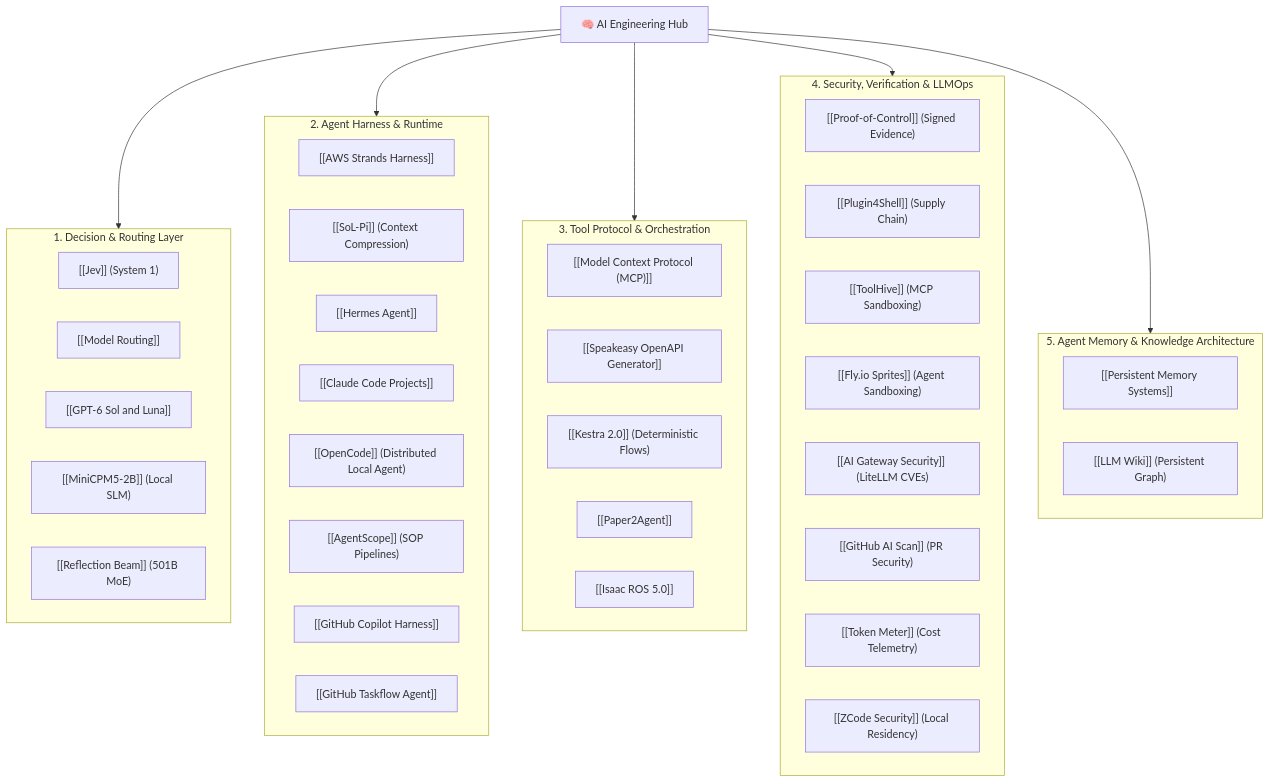
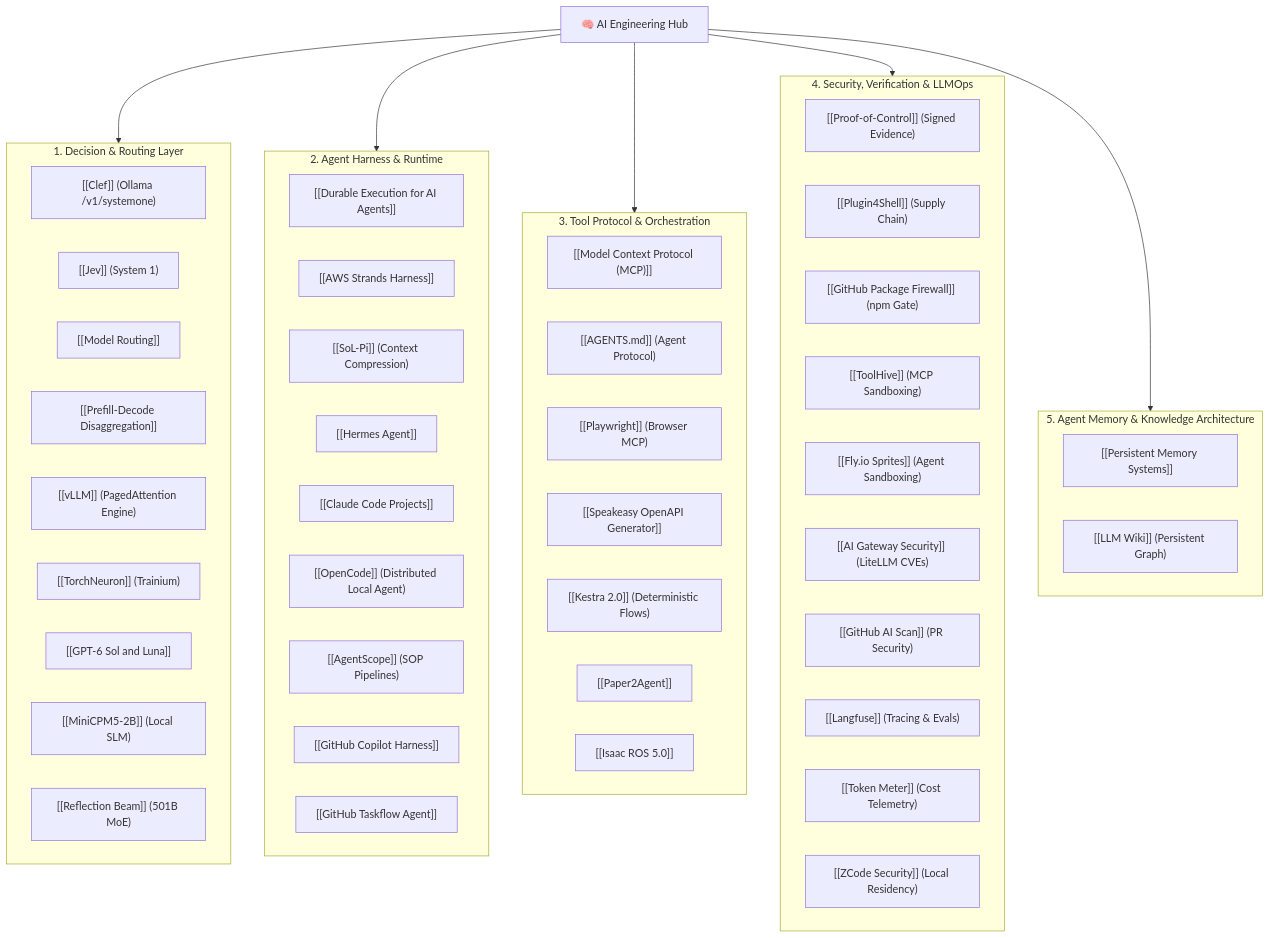
One commit to ashishcas/opensourceAI changed the diagram in MOC - Artificial Intelligence.md. Above: the diagram before and after it, drawn with Mermaid. The commit also changed other lines of this file and 28 other files, not shown here.

````diff
--- a/MOC - Artificial Intelligence.md
+++ b/MOC - Artificial Intelligence.md
@@ -30,49 +30,58 @@
 ```mermaid
 flowchart TD
     MOC["🧠 AI Engineering Hub"]
     
     subgraph Decision ["1. Decision & Routing Layer"]
+        Clef["[[Clef]] (Ollama /v1/systemone)"]
         Jev["[[Jev]] (System 1)"]
         Router["[[Model Routing]]"]
+        PD["[[Prefill-Decode Disaggregation]]"]
+        vLLM["[[vLLM]] (PagedAttention Engine)"]
+        Neuron["[[TorchNeuron]] (Trainium)"]
         SolLuna["[[GPT-6 Sol and Luna]]"]
         MiniCPM["[[MiniCPM5-2B]] (Local SLM)"]
         Beam["[[Reflection Beam]] (501B MoE)"]
     end
     
     subgraph Harness ["2. Agent Harness & Runtime"]
+        Durable["[[Durable Execution for AI Agents]]"]
         Strands["[[AWS Strands Harness]]"]
         SolPi["[[SoL-Pi]] (Context Compression)"]
         Hermes["[[Hermes Agent]]"]
         ClaudeProjects["[[Claude Code Projects]]"]
         OpenCode["[[OpenCode]] (Distributed Local Agent)"]
         AgentScope["[[AgentScope]] (SOP Pipelines)"]
         Copilot["[[GitHub Copilot Harness]]"]
         Taskflow["[[GitHub Taskflow Agent]]"]
     end
     
     subgraph ToolingProtocol ["3. Tool Protocol & Orchestration"]
         MCP["[[Model Context Protocol (MCP)]]"]
+        Agents["[[AGENTS.md]] (Agent Protocol)"]
+        PW["[[Playwright]] (Browser MCP)"]
         Speakeasy["[[Speakeasy OpenAPI Generator]]"]
         Kestra["[[Kestra 2.0]] (Deterministic Flows)"]
         Paper2Agent["[[Paper2Agent]]"]
         Isaac["[[Isaac ROS 5.0]]"]
     end
     
     subgraph SecurityObservability ["4. Security, Verification & LLMOps"]
         PoC["[[Proof-of-Control]] (Signed Evidence)"]
         P4S["[[Plugin4Shell]] (Supply Chain)"]
+        FW["[[GitHub Package Firewall]] (npm Gate)"]
         TH["[[ToolHive]] (MCP Sandboxing)"]
         Sprites["[[Fly.io Sprites]] (Agent Sandboxing)"]
         AIGateway["[[AI Gateway Security]] (LiteLLM CVEs)"]
         GHScan["[[GitHub AI Scan]] (PR Security)"]
+        LF["[[Langfuse]] (Tracing & Evals)"]
         TM["[[Token Meter]] (Cost Telemetry)"]
         ZCode["[[ZCode Security]] (Local Residency)"]
     end
     
     subgraph Memory ["5. Agent Memory & Knowledge Architecture"]
         PMS["[[Persistent Memory Systems]]"]
         LLMWiki["[[LLM Wiki]] (Persistent Graph)"]
     end
     
     MOC --> Decision & Harness & ToolingProtocol & SecurityObservability & Memory
 ```
````
